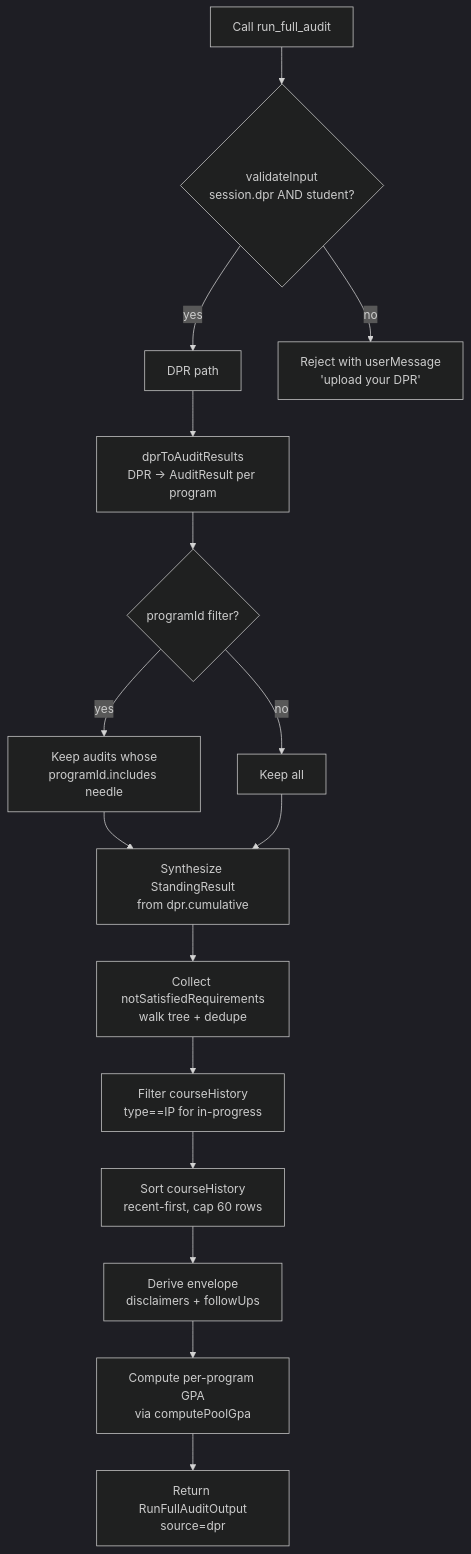
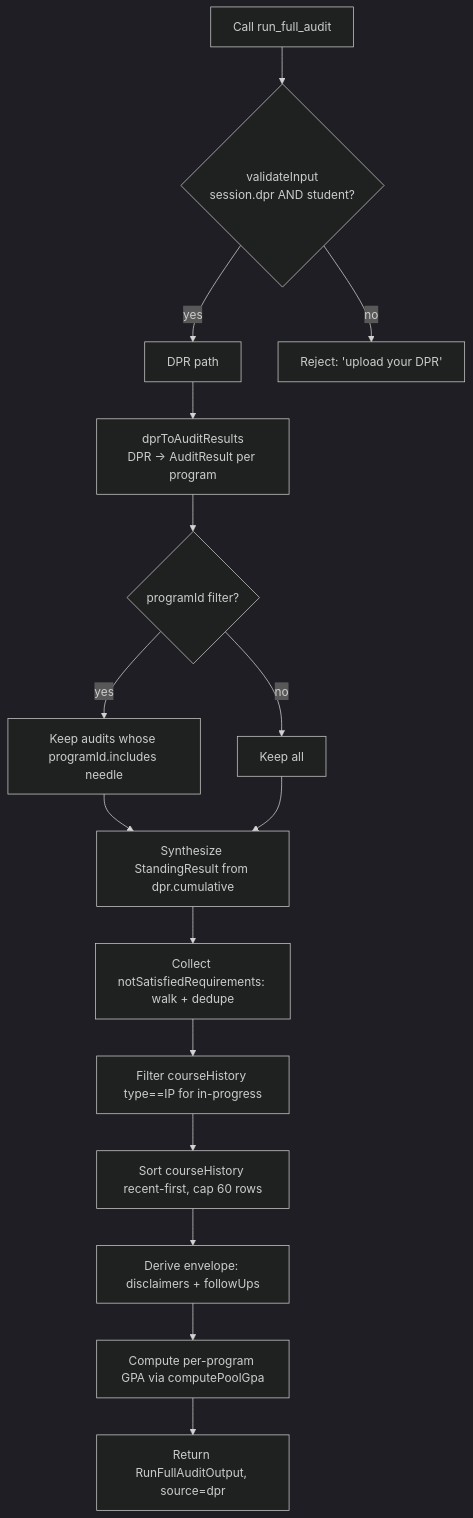
The second of 2 diagrams in Docs/current-system/tools/run_full_audit.md (EdoardoMongardi/NYU_Path), drawn with Mermaid (dark theme) before and after one commit. The commit also changed other lines of this file and 73 other files, not shown here.

````diff
--- a/Docs/current-system/tools/run_full_audit.md
+++ b/Docs/current-system/tools/run_full_audit.md
@@ -92,19 +79,18 @@
 ```mermaid
 flowchart TD
     A[Call run_full_audit] --> B{validateInput<br/>session.dpr AND student?}
     B -->|yes| C[DPR path]
-    B -->|no| F[Reject with userMessage<br/>'upload your DPR']
-
+    B -->|no| F[Reject: 'upload your DPR']
     C --> C1[dprToAuditResults<br/>DPR -> AuditResult per program]
     C1 --> C2{programId filter?}
-    C2 -->|yes| C3[Keep audits whose<br/>programId.includes needle]
+    C2 -->|yes| C3[Keep audits whose programId.includes needle]
     C2 -->|no| C4[Keep all]
     C3 --> C5
-    C4 --> C5[Synthesize StandingResult<br/>from dpr.cumulative]
-    C5 --> C6[Collect notSatisfiedRequirements<br/>walk tree + dedupe]
-    C6 --> C7[Filter courseHistory<br/>type==IP for in-progress]
-    C7 --> C8[Sort courseHistory<br/>recent-first, cap 60 rows]
-    C8 --> C9[Derive envelope<br/>disclaimers + followUps]
-    C9 --> C10[Compute per-program GPA<br/>via computePoolGpa]
-    C10 --> C11[Return RunFullAuditOutput<br/>source=dpr]
+    C4 --> C5[Synthesize StandingResult from dpr.cumulative]
+    C5 --> C6[Collect notSatisfiedRequirements: walk + dedupe]
+    C6 --> C7[Filter courseHistory type==IP for in-progress]
+    C7 --> C8[Sort courseHistory recent-first, cap 60 rows]
+    C8 --> C9[Derive envelope: disclaimers + followUps]
+    C9 --> C10[Compute per-program GPA via computePoolGpa]
+    C10 --> C11[Return RunFullAuditOutput, source=dpr]
 ```
````
